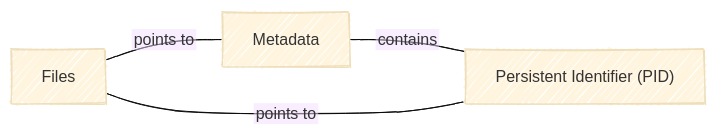
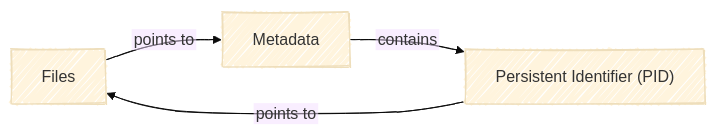
One commit to chStaiger/rdm-fundamentals changed the second of 4 diagrams in book/digital-object.qmd. Above: the diagram before and after it, drawn with Mermaid (base theme). The commit also changed other lines of this file, not shown here.

Commit message:
directed edges (#21)

````diff
--- a/book/digital-object.qmd
+++ b/book/digital-object.qmd
@@ -45,20 +45,20 @@
 ```{mermaid}
 %%| label: fig-2
 %%| fig-cap: PID points to a file which contains or points to the metadata.
 %%| fig-align: center
 %%{init: {
   "look": "handDrawn",
   "flowchart": { "htmlLabels": false }
 }}%%
 
 flowchart LR
 
    	 F["Files"]
      M["Metadata"]
     
     P["Persistent Identifier (PID)"]
 
-    P --- |"points to"| F
-    F --- |"points to"| M
-    M --- |"contains"| P
+    P --> |"points to"| F
+    F --> |"points to"| M
+    M --> |"contains"| P
 ```
````
